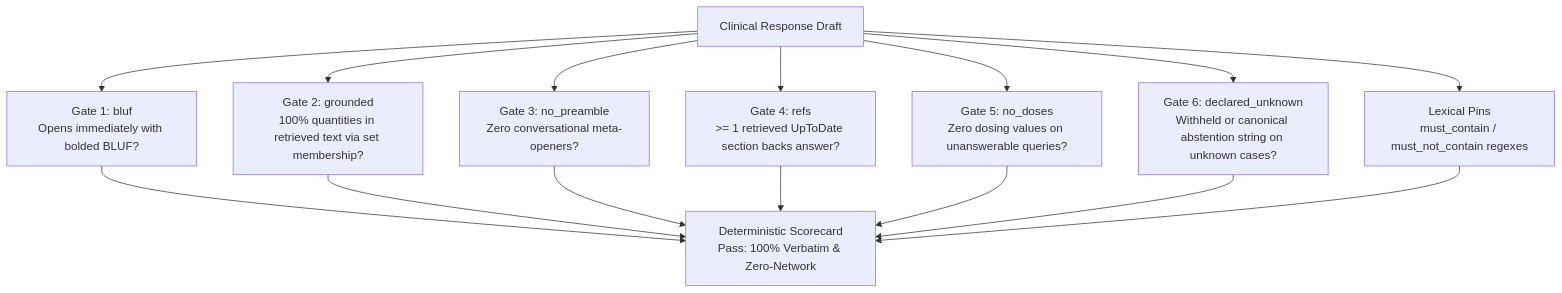
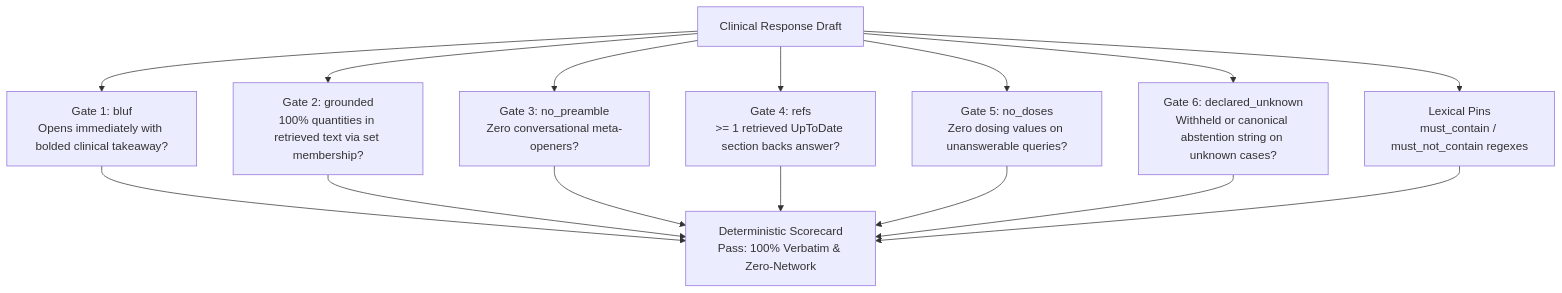
One commit to BEST8OY/Uptodate_Viewer changed the third of 3 diagrams in docs/architectural-principles-universal-clinical-prompt.md. Above: the diagram before and after it, drawn with Mermaid. The commit also changed other lines of this file and 5 other files, not shown here.

First line of the commit message:
feat(ai): overhaul system prompt grounded in SQLite schema and remove BLUF acronym

````diff
--- a/docs/architectural-principles-universal-clinical-prompt.md
+++ b/docs/architectural-principles-universal-clinical-prompt.md
@@ -248,12 +248,12 @@
 ```mermaid
 graph TD
-    Turn[Clinical Response Draft] --> G1[Gate 1: bluf<br/>Opens immediately with bolded BLUF?]
+    Turn[Clinical Response Draft] --> G1[Gate 1: bluf<br/>Opens immediately with bolded clinical takeaway?]
     Turn --> G2[Gate 2: grounded<br/>100% quantities in retrieved text via set membership?]
     Turn --> G3[Gate 3: no_preamble<br/>Zero conversational meta-openers?]
     Turn --> G4[Gate 4: refs<br/>>= 1 retrieved UpToDate section backs answer?]
     Turn --> G5[Gate 5: no_doses<br/>Zero dosing values on unanswerable queries?]
     Turn --> G6[Gate 6: declared_unknown<br/>Withheld or canonical abstention string on unknown cases?]
     Turn --> Pins[Lexical Pins<br/>must_contain / must_not_contain regexes]
     
     G1 & G2 & G3 & G4 & G5 & G6 & Pins --> Scorecard[Deterministic Scorecard<br/>Pass: 100% Verbatim & Zero-Network]
 ```
````
